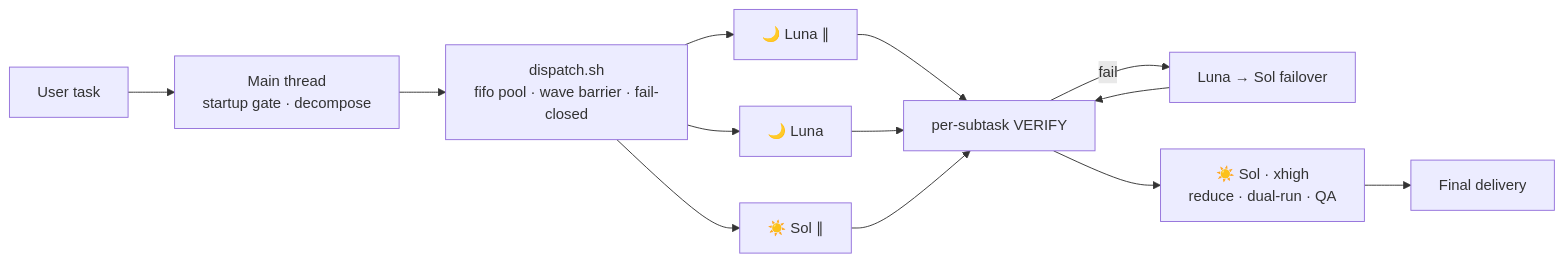
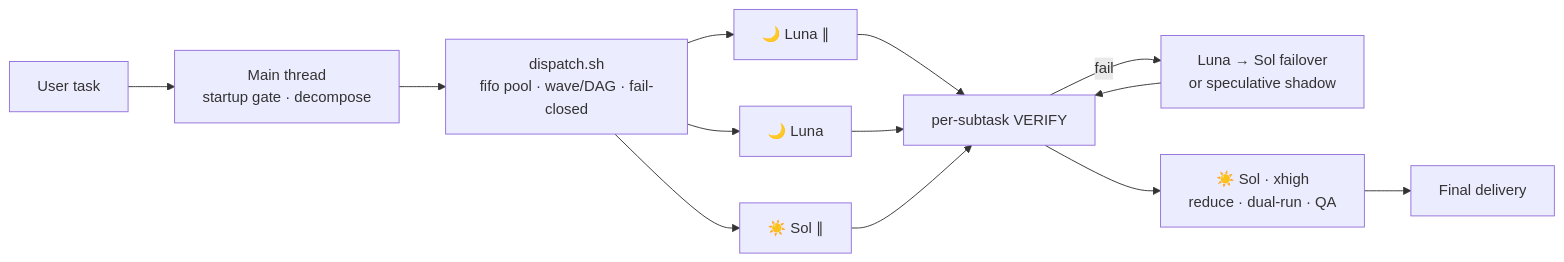
One commit to chenguang-jiang/jcg-codex-mode-dispatch changed the diagram in README.md. Above: the diagram before and after it, drawn with Mermaid. The commit also changed other lines of this file and 6 other files, not shown here.

First line of the commit message:
perf: batch exec rule, DAG deps, speculative failover, slim GUARD, EXTRA_EXEC_FLAGS

````diff
--- a/README.md
+++ b/README.md
@@ -42,15 +42,15 @@
 ```mermaid
 flowchart LR
   U[User task] --> M[Main thread<br/>startup gate · decompose]
-  M --> D[dispatch.sh<br/>fifo pool · wave barrier · fail-closed]
+  M --> D[dispatch.sh<br/>fifo pool · wave/DAG · fail-closed]
   D --> L1[🌙 Luna ∥]
   D --> L2[🌙 Luna ]
   D --> S1[☀️ Sol ∥]
   L1 --> V[per-subtask VERIFY]
   L2 --> V
   S1 --> V
-  V -->|fail| FO[Luna → Sol failover]
+  V -->|fail| FO[Luna → Sol failover<br/>or speculative shadow]
   FO --> V
   V --> R[☀️ Sol · xhigh<br/>reduce · dual-run · QA]
   R --> O[Final delivery]
 ```
````
